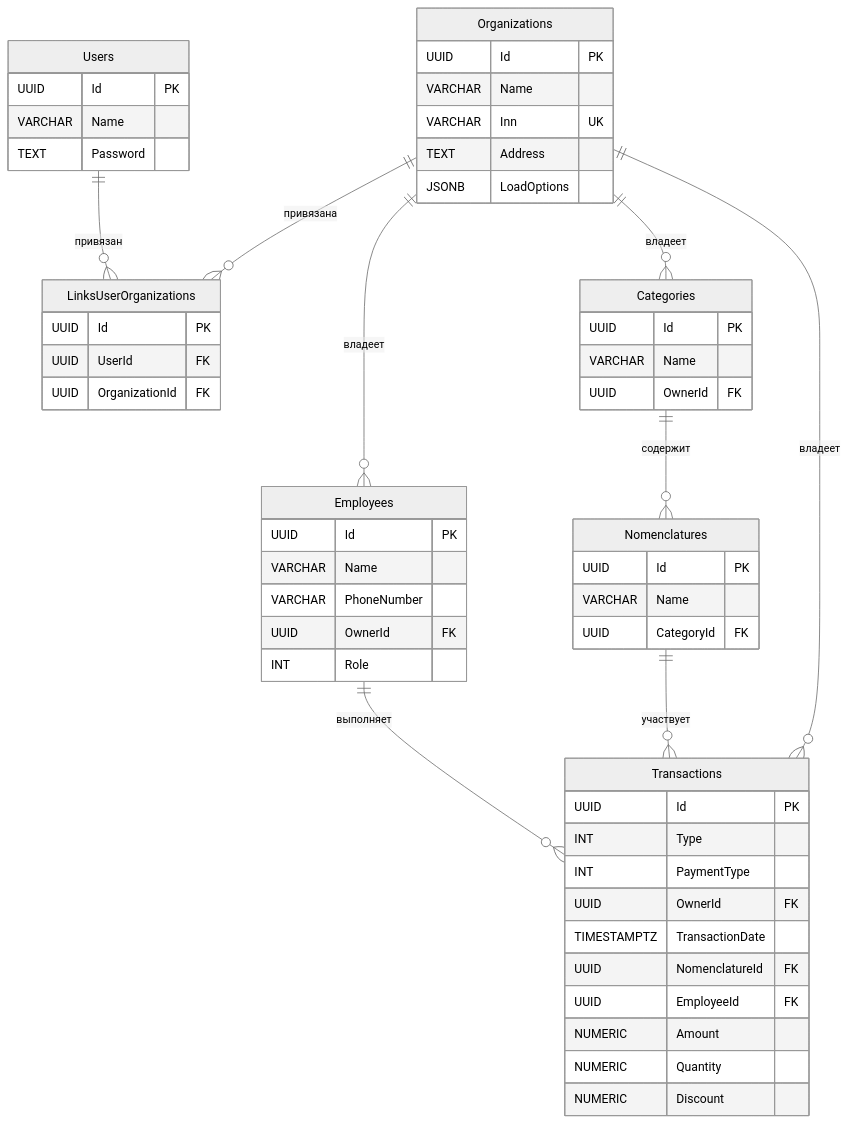
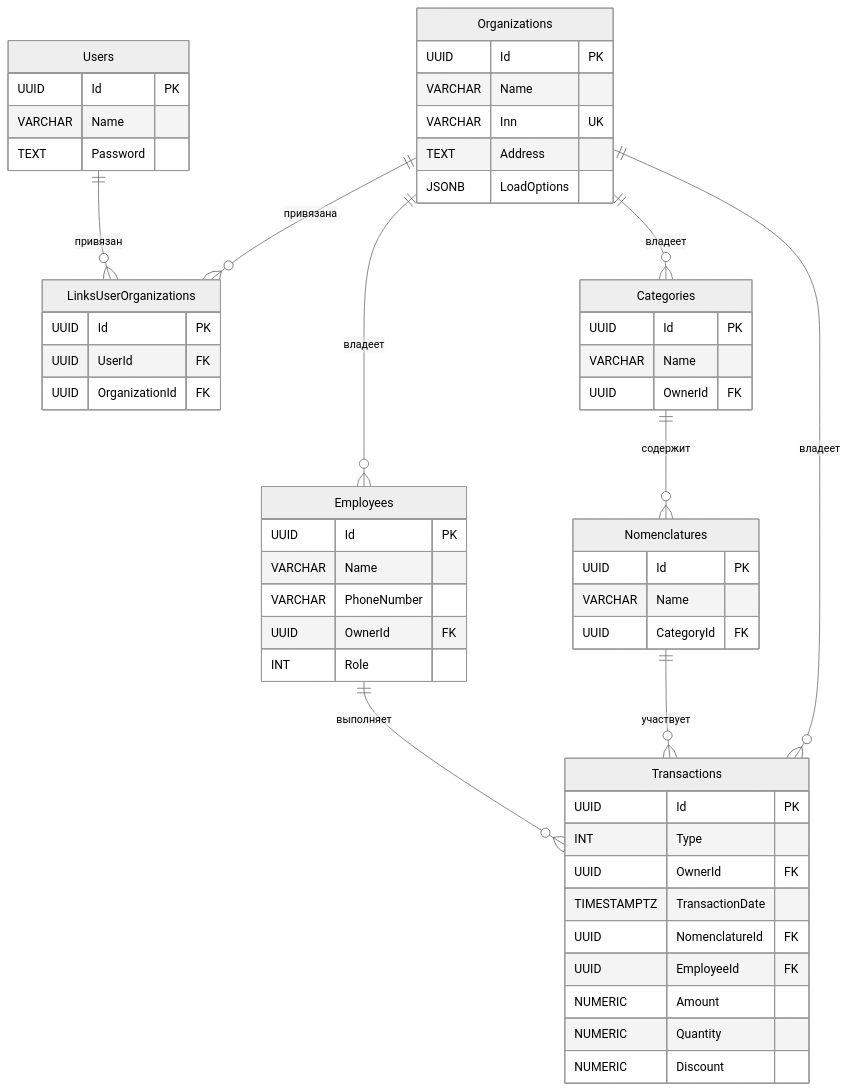
One commit to qliquiz/BusinessTracker changed the diagram in DESCRIPTION.md. Above: the diagram before and after it, drawn with Mermaid (neutral theme). The commit also changed other lines of this file and 20 other files, not shown here.

````diff
--- a/DESCRIPTION.md
+++ b/DESCRIPTION.md
@@ -62,64 +59,63 @@
 ```mermaid
 erDiagram
     Organizations {
         UUID Id PK
         VARCHAR Name
         VARCHAR Inn UK
         TEXT Address
         JSONB LoadOptions
     }
 
     Users {
         UUID Id PK
         VARCHAR Name
         TEXT Password
     }
 
     LinksUserOrganizations {
         UUID Id PK
         UUID UserId FK
         UUID OrganizationId FK
     }
 
     Categories {
         UUID Id PK
         VARCHAR Name
         UUID OwnerId FK
     }
 
     Nomenclatures {
         UUID Id PK
         VARCHAR Name
         UUID CategoryId FK
     }
 
     Employees {
         UUID Id PK
         VARCHAR Name
         VARCHAR PhoneNumber
         UUID OwnerId FK
         INT Role
     }
 
     Transactions {
         UUID Id PK
         INT Type
-        INT PaymentType
         UUID OwnerId FK
         TIMESTAMPTZ TransactionDate
         UUID NomenclatureId FK
         UUID EmployeeId FK
         NUMERIC Amount
         NUMERIC Quantity
         NUMERIC Discount
     }
 
     Organizations ||--o{ Categories : "владеет"
     Organizations ||--o{ Employees : "владеет"
     Organizations ||--o{ Transactions : "владеет"
     Organizations ||--o{ LinksUserOrganizations : "привязана"
     Users ||--o{ LinksUserOrganizations : "привязан"
     Categories ||--o{ Nomenclatures : "содержит"
     Nomenclatures ||--o{ Transactions : "участвует"
     Employees ||--o{ Transactions : "выполняет"
 ```
````
